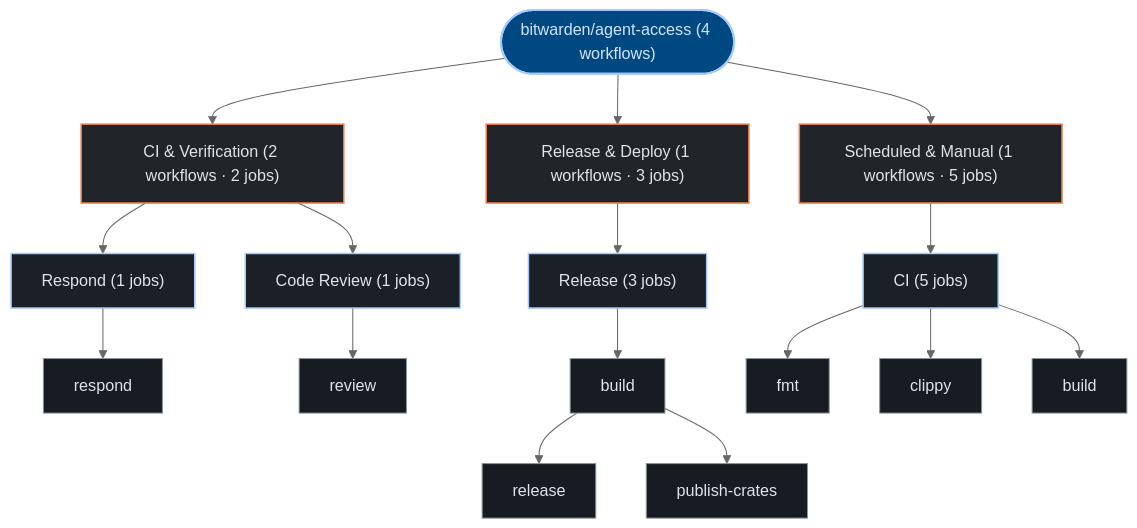
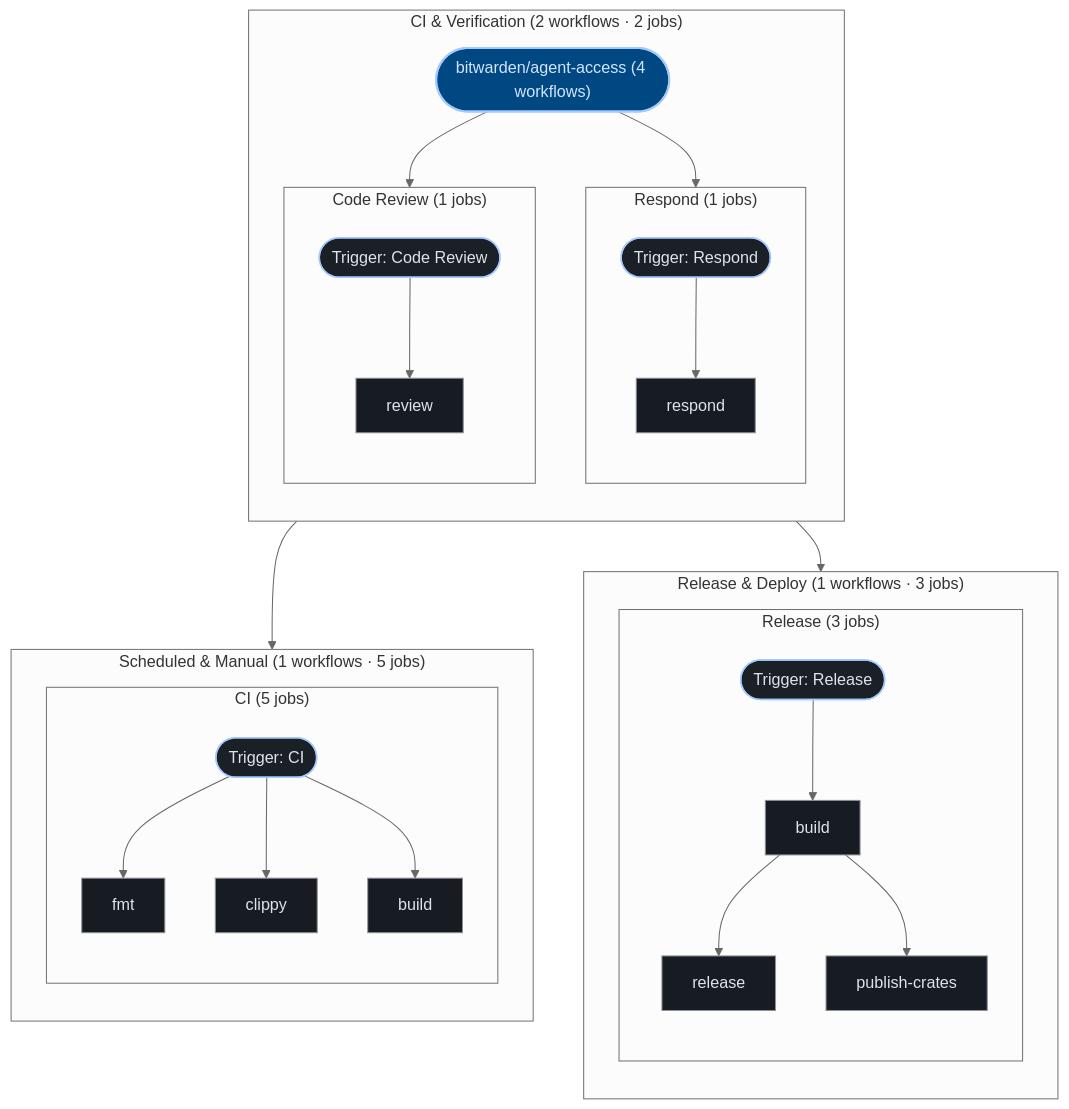
One commit to kumarshaz/atruss-code-atlas changed the third of 3 diagrams in exports/latest/reports/bitwarden-agent-access-report.md. Above: the diagram before and after it, drawn with Mermaid (neutral theme). The commit also changed 181 other files, not shown here.

````diff
--- a/exports/latest/reports/bitwarden-agent-access-report.md
+++ b/exports/latest/reports/bitwarden-agent-access-report.md
@@ -233,41 +233,56 @@
 ```mermaid
 graph TD;
   classDef atlasRoot fill:#004882,stroke:#a3c9ff,stroke-width:2px,color:#d3e4ff
   classDef atlasCategory fill:#212428,stroke:#E87A48,stroke-width:1.5px,color:#dfe3eb
   classDef atlasWorkflow fill:#1b2026,stroke:#a3c9ff,stroke-width:1.5px,color:#dfe3eb
   classDef atlasJob fill:#171c22,stroke:#8d9199,stroke-width:1px,color:#dfe3eb
   classDef atlasTarget fill:#005227,stroke:#8bd99b,stroke-width:1.5px,color:#a7f6b6
   classDef atlasAlert fill:#93000a,stroke:#ffb4ab,stroke-width:1.5px,color:#ffdad6
   classDef atlasMore fill:#252a31,stroke:#8d9199,stroke-dasharray:4 4,color:#c3c6cf
   pipeline_root(["bitwarden/agent-access (4 workflows)"]):::atlasRoot
-  grp_0_CI___Verification["CI & Verification (2 workflows · 2 jobs)"]:::atlasCategory
-  pipeline_root --> grp_0_CI___Verification
-  wf_2_Respond["Respond (1 jobs)"]:::atlasWorkflow
-  grp_0_CI___Verification --> wf_2_Respond
-  job_2_respond["respond"]:::atlasJob
-  wf_2_Respond --> job_2_respond
-  wf_3_Code_Review["Code Review (1 jobs)"]:::atlasWorkflow
-  grp_0_CI___Verification --> wf_3_Code_Review
-  job_3_review["review"]:::atlasJob
-  wf_3_Code_Review --> job_3_review
-  grp_1_Release___Deploy["Release & Deploy (1 workflows · 3 jobs)"]:::atlasCategory
-  pipeline_root --> grp_1_Release___Deploy
-  wf_1_Release["Release (3 jobs)"]:::atlasWorkflow
-  grp_1_Release___Deploy --> wf_1_Release
-  job_1_build["build"]:::atlasJob
-  job_1_release["release"]:::atlasJob
-  job_1_publish_crates["publish-crates"]:::atlasJob
-  wf_1_Release --> job_1_build
-  job_1_build --> job_1_release
-  job_1_build --> job_1_publish_crates
-  grp_2_Scheduled___Manual["Scheduled & Manual (1 workflows · 5 jobs)"]:::atlasCategory
-  pipeline_root --> grp_2_Scheduled___Manual
-  wf_0_CI["CI (5 jobs)"]:::atlasWorkflow
-  grp_2_Scheduled___Manual --> wf_0_CI
-  job_0_fmt["fmt"]:::atlasJob
-  job_0_clippy["clippy"]:::atlasJob
-  job_0_build["build"]:::atlasJob
-  wf_0_CI --> job_0_fmt
-  wf_0_CI --> job_0_clippy
-  wf_0_CI --> job_0_build
+  subgraph sg_grp_0_CI___Verification["CI & Verification (2 workflows · 2 jobs)"]
+    direction TB
+    subgraph sg_wf_2_Respond["Respond (1 jobs)"]
+      direction TB
+      wf_2_Respond(["Trigger: Respond"]):::atlasWorkflow
+      job_2_respond["respond"]:::atlasJob
+      wf_2_Respond --> job_2_respond
+    end
+    pipeline_root --> wf_2_Respond
+    subgraph sg_wf_3_Code_Review["Code Review (1 jobs)"]
+      direction TB
+      wf_3_Code_Review(["Trigger: Code Review"]):::atlasWorkflow
+      job_3_review["review"]:::atlasJob
+      wf_3_Code_Review --> job_3_review
+    end
+    pipeline_root --> wf_3_Code_Review
+  end
+  subgraph sg_grp_1_Release___Deploy["Release & Deploy (1 workflows · 3 jobs)"]
+    direction TB
+    subgraph sg_wf_1_Release["Release (3 jobs)"]
+      direction TB
+      wf_1_Release(["Trigger: Release"]):::atlasWorkflow
+      job_1_build["build"]:::atlasJob
+      job_1_release["release"]:::atlasJob
+      job_1_publish_crates["publish-crates"]:::atlasJob
+      wf_1_Release --> job_1_build
+      job_1_build --> job_1_release
+      job_1_build --> job_1_publish_crates
+    end
+    pipeline_root --> wf_1_Release
+  end
+  subgraph sg_grp_2_Scheduled___Manual["Scheduled & Manual (1 workflows · 5 jobs)"]
+    direction TB
+    subgraph sg_wf_0_CI["CI (5 jobs)"]
+      direction TB
+      wf_0_CI(["Trigger: CI"]):::atlasWorkflow
+      job_0_fmt["fmt"]:::atlasJob
+      job_0_clippy["clippy"]:::atlasJob
+      job_0_build["build"]:::atlasJob
+      wf_0_CI --> job_0_fmt
+      wf_0_CI --> job_0_clippy
+      wf_0_CI --> job_0_build
+    end
+    pipeline_root --> wf_0_CI
+  end
 ```
````
